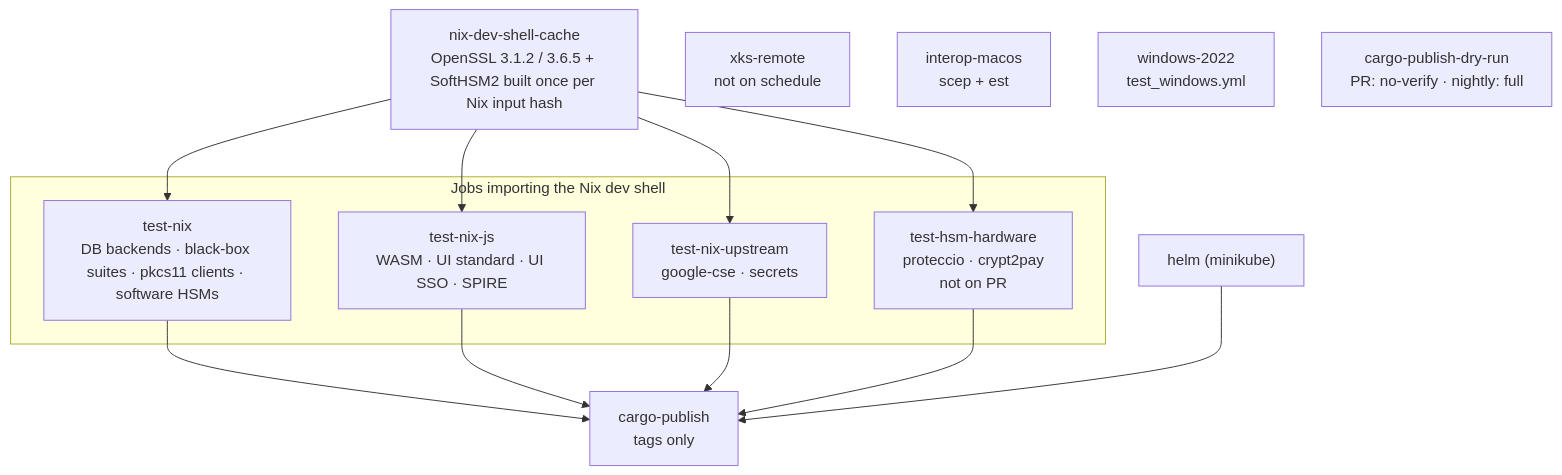
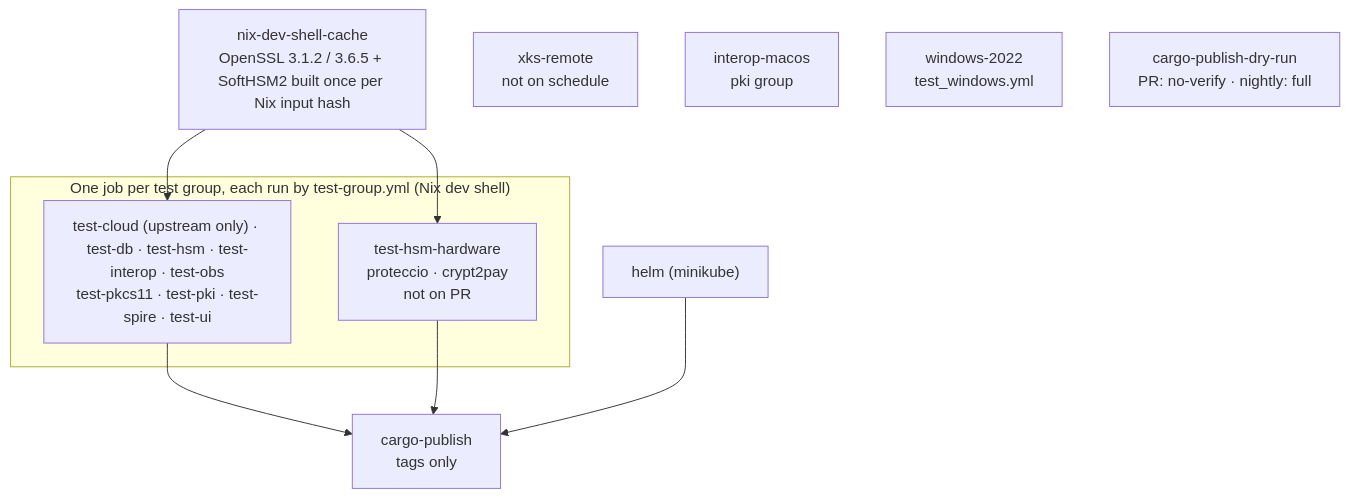
Before and after one commit to Cosmian/kms: the third of 3 diagrams in .github/workflows/README_main.md, drawn with Mermaid. The commit also changed other lines of this file and 37 other files, not shown here.

Commit message:
ci: regroup jobs according to MISE groups

````diff
--- a/.github/workflows/README_main.md
+++ b/.github/workflows/README_main.md
@@ -59,18 +59,16 @@
 ```mermaid
 flowchart TB
     Cache["nix-dev-shell-cache<br/>OpenSSL 3.1.2 / 3.6.5 + SoftHSM2 built once per Nix input hash"]
-    subgraph NixJobs["Jobs importing the Nix dev shell"]
-        TestNix["test-nix<br/>DB backends · black-box suites · pkcs11 clients · software HSMs"]
-        TestJs["test-nix-js<br/>WASM · UI standard · UI SSO · SPIRE"]
-        Upstream["test-nix-upstream<br/>google-cse · secrets"]
+    subgraph NixJobs["One job per test group, each run by test-group.yml (Nix dev shell)"]
+        Groups["test-cloud (upstream only) · test-db · test-hsm · test-interop · test-obs<br/>test-pkcs11 · test-pki · test-spire · test-ui"]
         Hsm["test-hsm-hardware<br/>proteccio · crypt2pay<br/>not on PR"]
     end
-    Cache --> TestNix & TestJs & Upstream & Hsm
+    Cache --> Groups & Hsm
     Helm["helm (minikube)"]
     Xks["xks-remote<br/>not on schedule"]
-    Mac["interop-macos<br/>scep + est"]
+    Mac["interop-macos<br/>pki group"]
     Win["windows-2022<br/>test_windows.yml"]
     DryRun["cargo-publish-dry-run<br/>PR: no-verify · nightly: full"]
     Publish["cargo-publish<br/>tags only"]
-    TestNix & TestJs & Upstream & Hsm & Helm --> Publish
+    Groups & Hsm & Helm --> Publish
 ```
````
